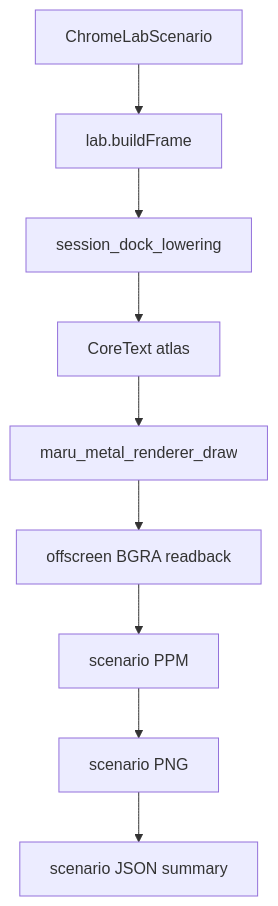
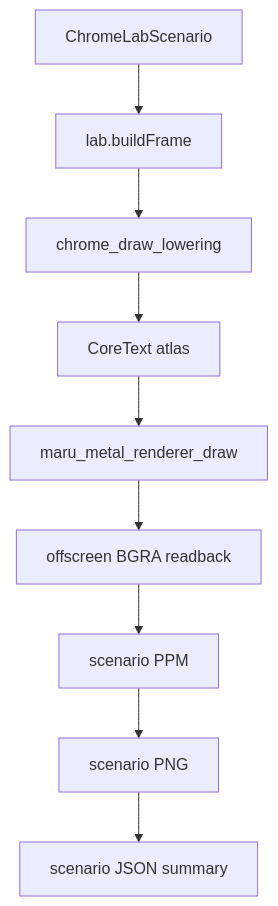
One commit to ohah/maru changed the fifth of 5 diagrams in docs/metal-ui-layout.md. Above: the diagram before and after it, drawn with Mermaid. The commit also changed other lines of this file and 7 other files, not shown here.

````diff
--- a/docs/metal-ui-layout.md
+++ b/docs/metal-ui-layout.md
@@ -638,11 +638,11 @@
 ```mermaid
 flowchart TD
     A[ChromeLabScenario] --> B[lab.buildFrame]
-    B --> C[session_dock_lowering]
+    B --> C[chrome_draw_lowering]
     C --> D[CoreText atlas]
     D --> E[maru_metal_renderer_draw]
     E --> F[offscreen BGRA readback]
     F --> G[scenario PPM]
     G --> H[scenario PNG]
     H --> I[scenario JSON summary]
 ```
````
